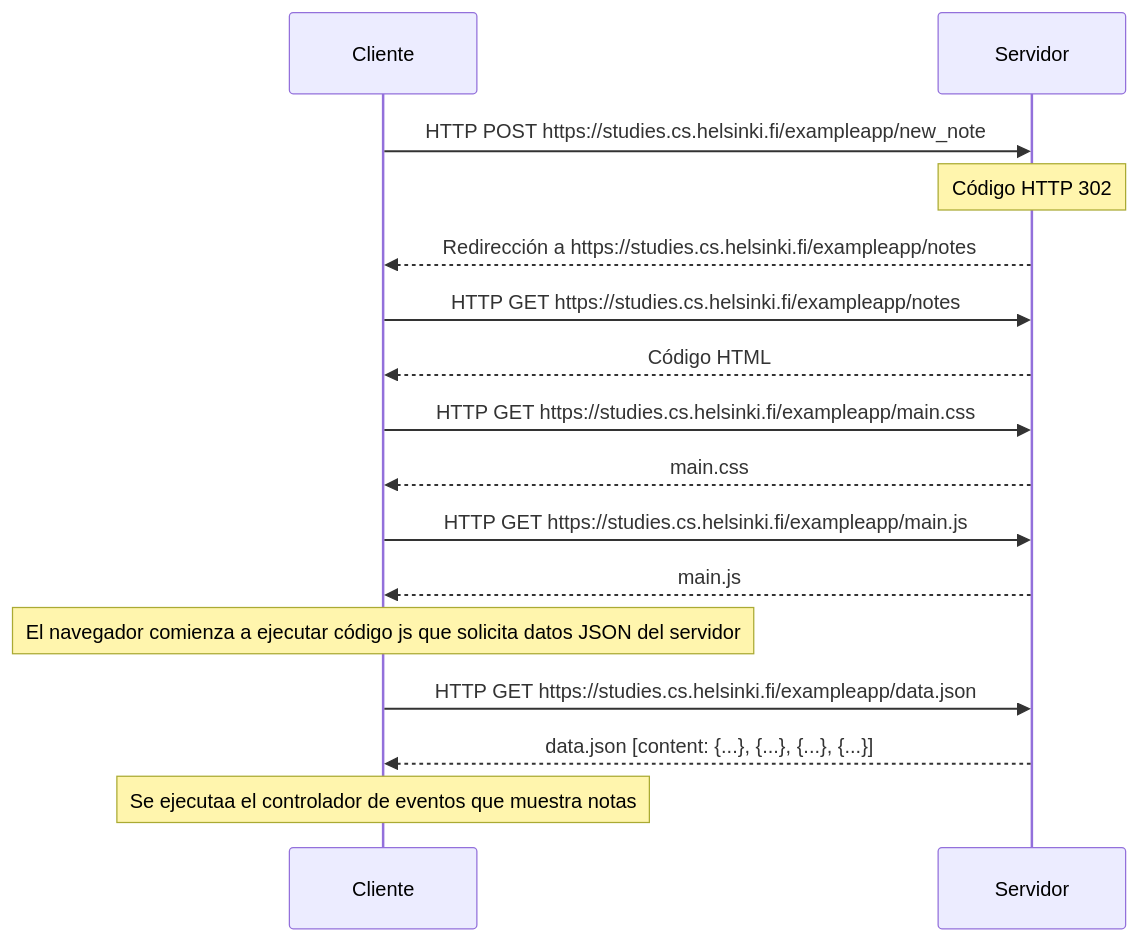
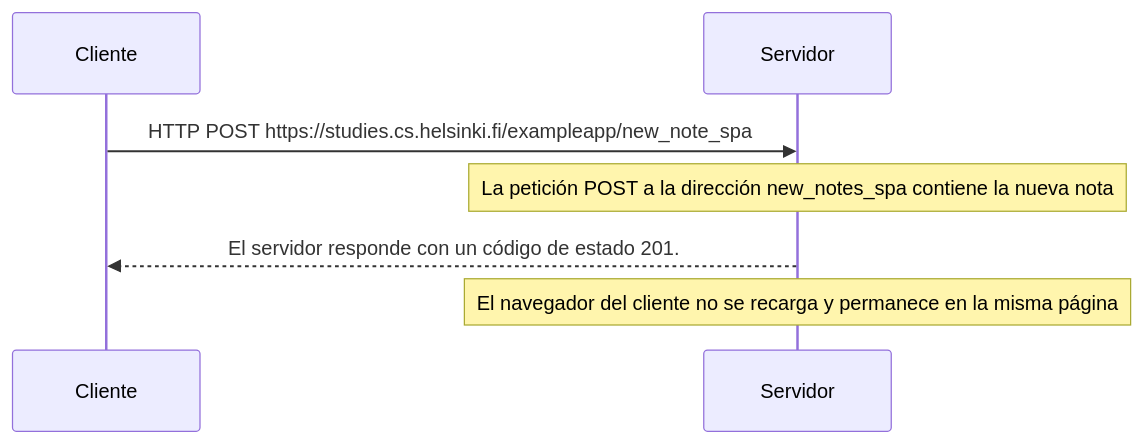
Before and after one commit to SebastianPera/Fullstackopen: the diagram in part0/0.6: Nueva nota en diagrama de aplicación de una sola pagina.mmd, drawn with Mermaid.

Commit message:
Update 0.6: Nueva nota en diagrama de aplicación de una sola pagina.mmd

```diff
--- a/part0/0.6: Nueva nota en diagrama de aplicación de una sola pagina.mmd
+++ b/part0/0.6: Nueva nota en diagrama de aplicación de una sola pagina.mmd
@@ -1,24 +1,8 @@
 sequenceDiagram
     participant Cliente
     participant Servidor
 
-    Cliente->>Servidor: HTTP POST https://studies.cs.helsinki.fi/exampleapp/new_note
-     Note over Servidor: Código HTTP 302
-    Servidor-->>Cliente: Redirección a https://studies.cs.helsinki.fi/exampleapp/notes
-   
-
-    Cliente->>Servidor: HTTP GET https://studies.cs.helsinki.fi/exampleapp/notes
-    Servidor-->>Cliente: Código HTML
-
-    Cliente->>Servidor: HTTP GET https://studies.cs.helsinki.fi/exampleapp/main.css
-    Servidor-->>Cliente: main.css
-
-    Cliente->>Servidor: HTTP GET https://studies.cs.helsinki.fi/exampleapp/main.js
-    Servidor-->>Cliente: main.js
-
-    Note over Cliente: El navegador comienza a ejecutar código js que solicita datos JSON del servidor
-
-    Cliente->>Servidor: HTTP GET https://studies.cs.helsinki.fi/exampleapp/data.json
-    Servidor-->>Cliente: data.json [content: {...}, {...}, {...}, {...}]
-
-    Note over Cliente: Se ejecutaa el controlador de eventos que muestra notas
+    Cliente->>Servidor: HTTP POST https://studies.cs.helsinki.fi/exampleapp/new_note_spa
+    Note over Servidor: La petición POST a la dirección new_notes_spa contiene la nueva nota
+    Servidor-->>Cliente: El servidor responde con un código de estado 201. 
+    Note over Servidor: El navegador del cliente no se recarga y permanece en la misma página
```
